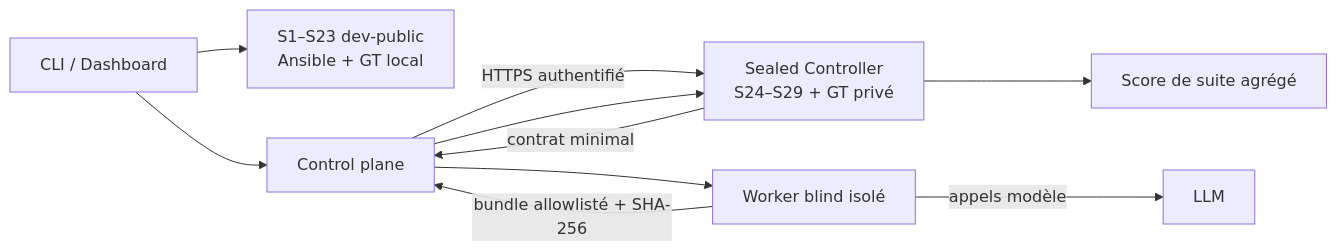
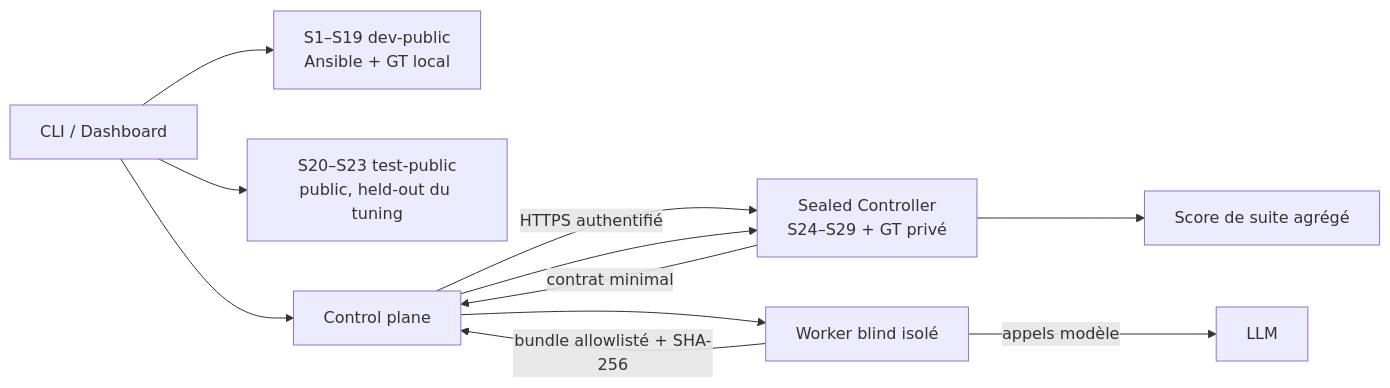
One commit to Tanguyvans/LANCE changed the diagram in benchmarks/README.md. Above: the diagram before and after it, drawn with Mermaid. The commit also changed other lines of this file and 18 other files, not shown here.

Commit message:
Clarify benchmark development and held-out splits

````diff
--- a/benchmarks/README.md
+++ b/benchmarks/README.md
@@ -14,20 +15,22 @@
 ```mermaid
 flowchart LR
     USER["CLI / Dashboard"]
-    PUBLIC["S1–S23 dev-public<br/>Ansible + GT local"]
+    DEV["S1–S19 dev-public<br/>Ansible + GT local"]
+    TEST["S20–S23 test-public<br/>public, held-out du tuning"]
     CONTROL["Control plane"]
     SEALED["Sealed Controller<br/>S24–S29 + GT privé"]
     WORKER["Worker blind isolé"]
     SCORE["Score de suite agrégé"]
     LLM["LLM"]
 
-    USER --> PUBLIC
+    USER --> DEV
+    USER --> TEST
     USER --> CONTROL
     CONTROL -->|HTTPS authentifié| SEALED
     SEALED -->|contrat minimal| CONTROL
     CONTROL --> WORKER
     WORKER -->|appels modèle| LLM
     WORKER -->|bundle allowlisté + SHA-256| CONTROL
     CONTROL --> SEALED
     SEALED --> SCORE
 ```
````
